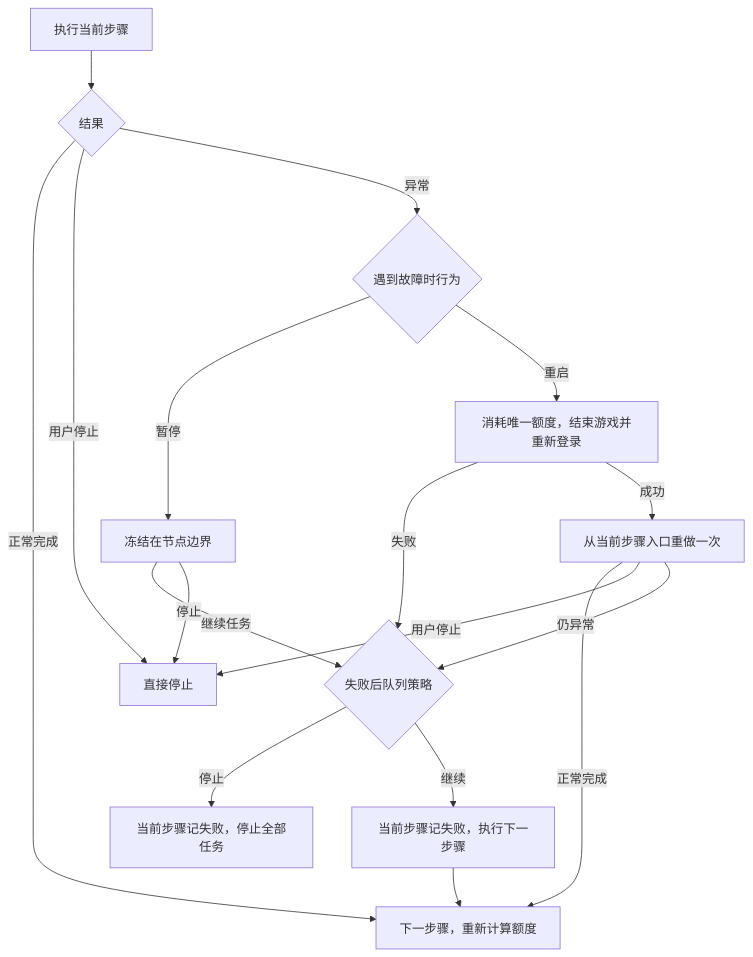
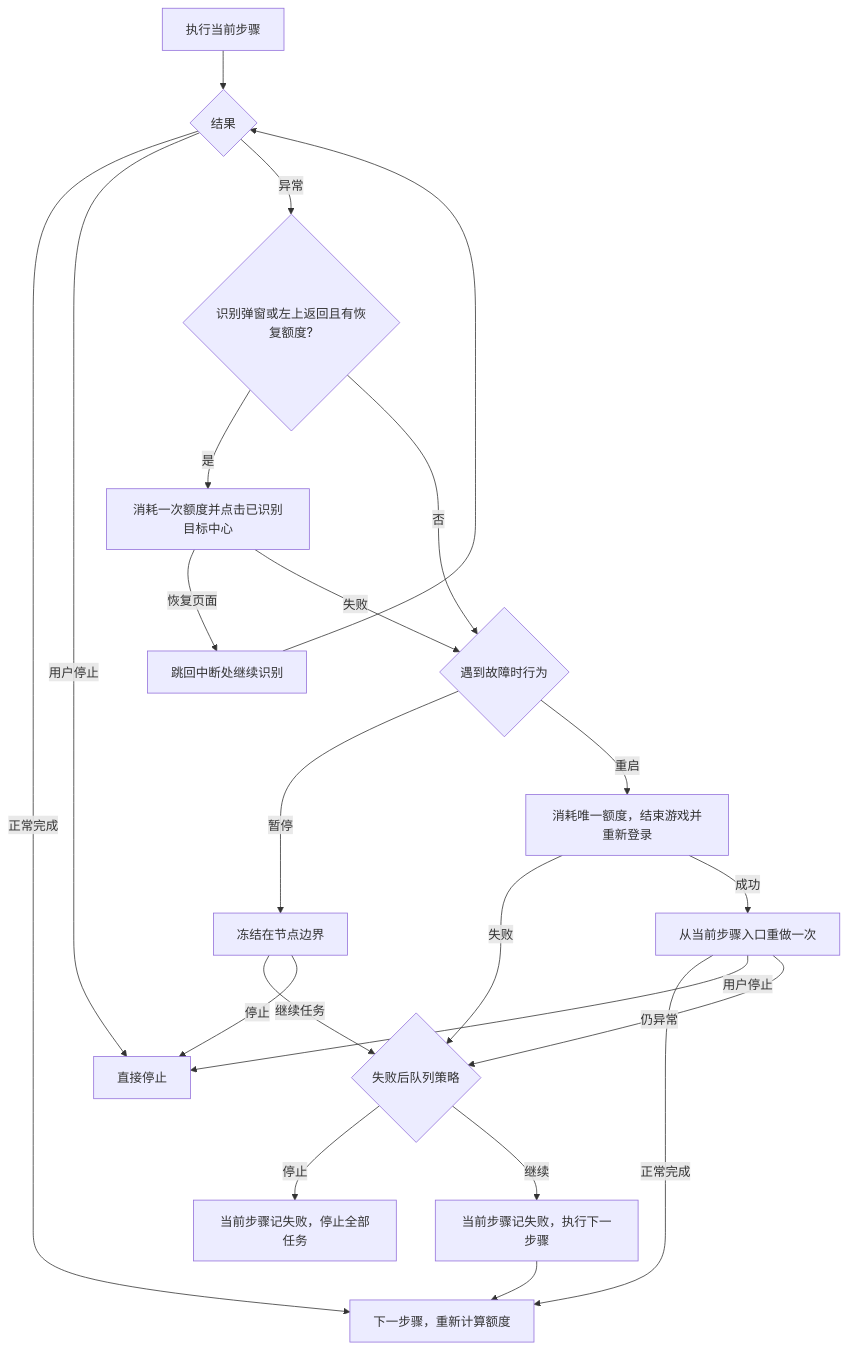
Before and after one commit to RShock/TKFMaa: the diagram in docs/zh_cn/tasks/task_recovery.md, drawn with Mermaid. The commit also changed other lines of this file and 12 other files, not shown here.

````diff
--- a/docs/zh_cn/tasks/task_recovery.md
+++ b/docs/zh_cn/tasks/task_recovery.md
@@ -14,19 +14,24 @@
 ```mermaid
 flowchart TD
     Start[执行当前步骤] --> Result{结果}
     Result -->|正常完成| Next[下一步骤，重新计算额度]
     Result -->|用户停止| Cancel[直接停止]
-    Result -->|异常| Behavior{遇到故障时行为}
+    Result -->|异常| Popup{识别弹窗或左上返回且有恢复额度?}
+    Popup -->|是| Close[消耗一次额度并点击已识别目标中心]
+    Close -->|恢复页面| Resume[跳回中断处继续识别]
+    Resume --> Result
+    Popup -->|否| Behavior{遇到故障时行为}
+    Close -->|失败| Behavior
     Behavior -->|暂停| Pause[冻结在节点边界]
     Pause -->|继续任务| Policy{失败后队列策略}
     Pause -->|停止| Cancel
     Behavior -->|重启| Restart[消耗唯一额度，结束游戏并重新登录]
     Restart -->|失败| Policy
     Restart -->|成功| Retry[从当前步骤入口重做一次]
     Retry -->|正常完成| Next
     Retry -->|用户停止| Cancel
     Retry -->|仍异常| Policy
     Policy -->|停止| Stop[当前步骤记失败，停止全部任务]
     Policy -->|继续| Skip[当前步骤记失败，执行下一步骤]
     Skip --> Next
 ```
````
